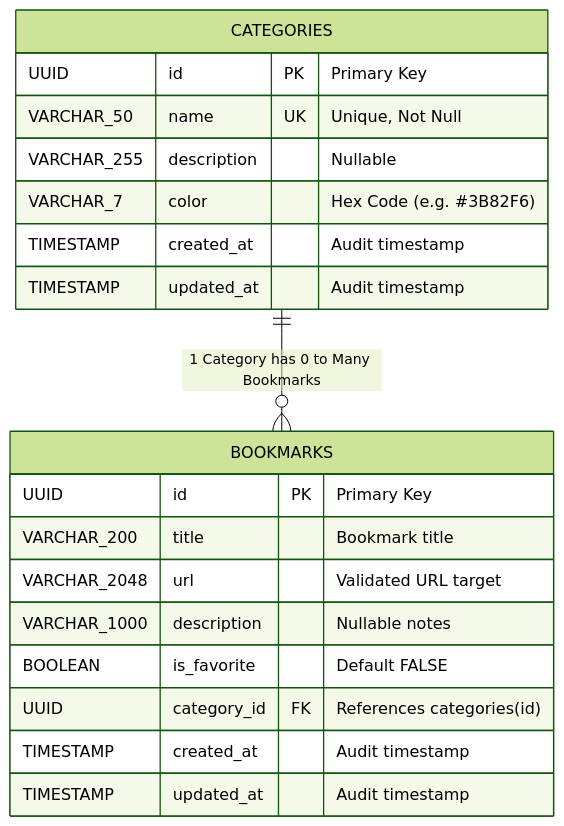
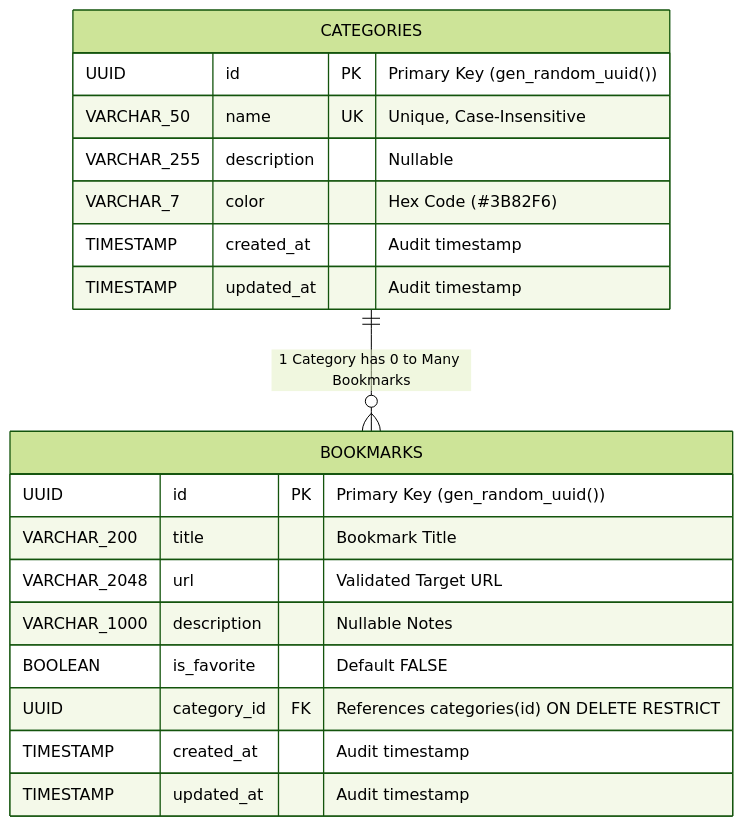
One commit to rlaktis/LinkVault-api changed the diagram in README.md. Above: the diagram before and after it, drawn with Mermaid (forest theme). The commit also changed other lines of this file, not shown here.

Commit message:
docs: update README with comprehensive architecture, ERD, and API endpoints

````diff
--- a/README.md
+++ b/README.md
@@ -9,24 +60,24 @@
 ```mermaid
 erDiagram
     CATEGORIES ||--o{ BOOKMARKS : "1 Category has 0 to Many Bookmarks"
     
     CATEGORIES {
-        UUID id PK "Primary Key"
-        VARCHAR_50 name UK "Unique, Not Null"
+        UUID id PK "Primary Key (gen_random_uuid())"
+        VARCHAR_50 name UK "Unique, Case-Insensitive"
         VARCHAR_255 description "Nullable"
-        VARCHAR_7 color "Hex Code (e.g. #3B82F6)"
+        VARCHAR_7 color "Hex Code (#3B82F6)"
         TIMESTAMP created_at "Audit timestamp"
         TIMESTAMP updated_at "Audit timestamp"
     }
 
     BOOKMARKS {
-        UUID id PK "Primary Key"
-        VARCHAR_200 title "Bookmark title"
-        VARCHAR_2048 url "Validated URL target"
-        VARCHAR_1000 description "Nullable notes"
+        UUID id PK "Primary Key (gen_random_uuid())"
+        VARCHAR_200 title "Bookmark Title"
+        VARCHAR_2048 url "Validated Target URL"
+        VARCHAR_1000 description "Nullable Notes"
         BOOLEAN is_favorite "Default FALSE"
-        UUID category_id FK "References categories(id)"
+        UUID category_id FK "References categories(id) ON DELETE RESTRICT"
         TIMESTAMP created_at "Audit timestamp"
         TIMESTAMP updated_at "Audit timestamp"
     }
 ```
````
